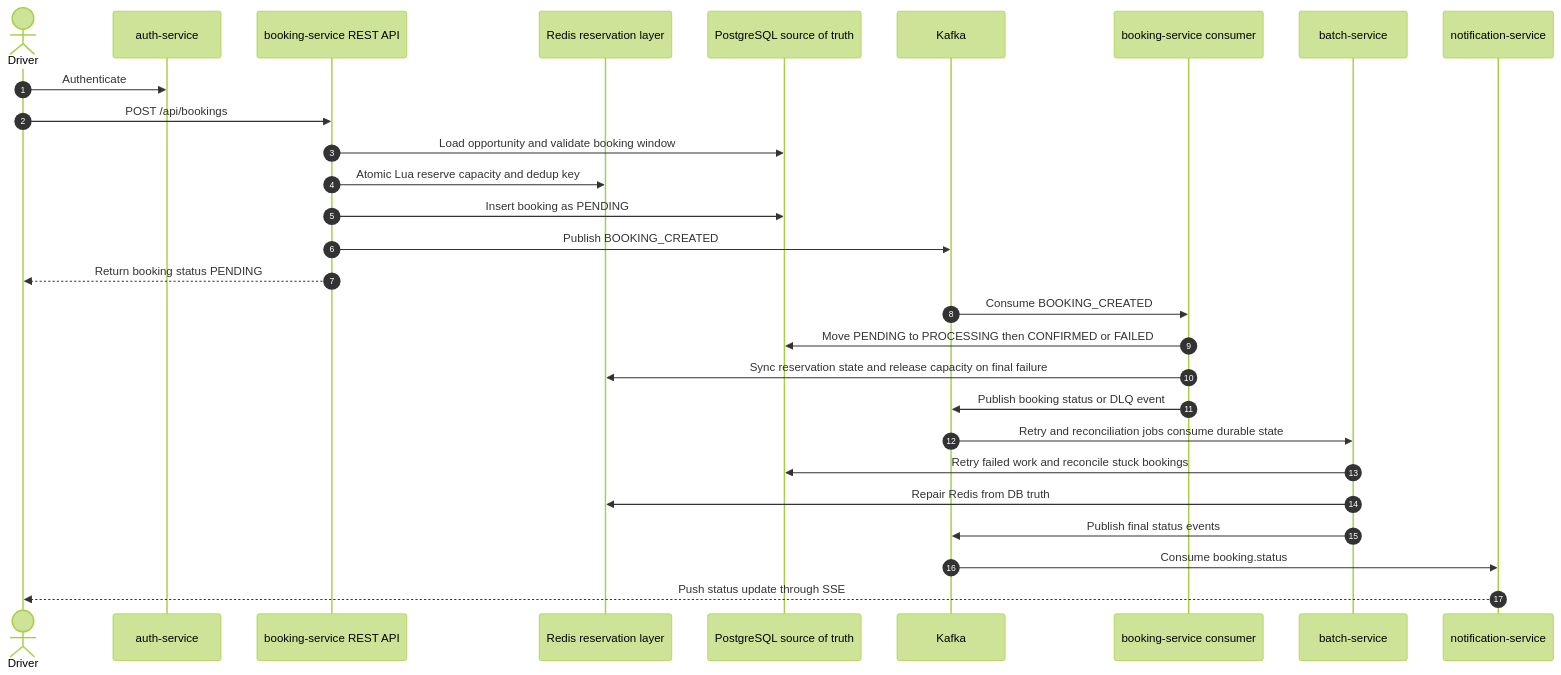
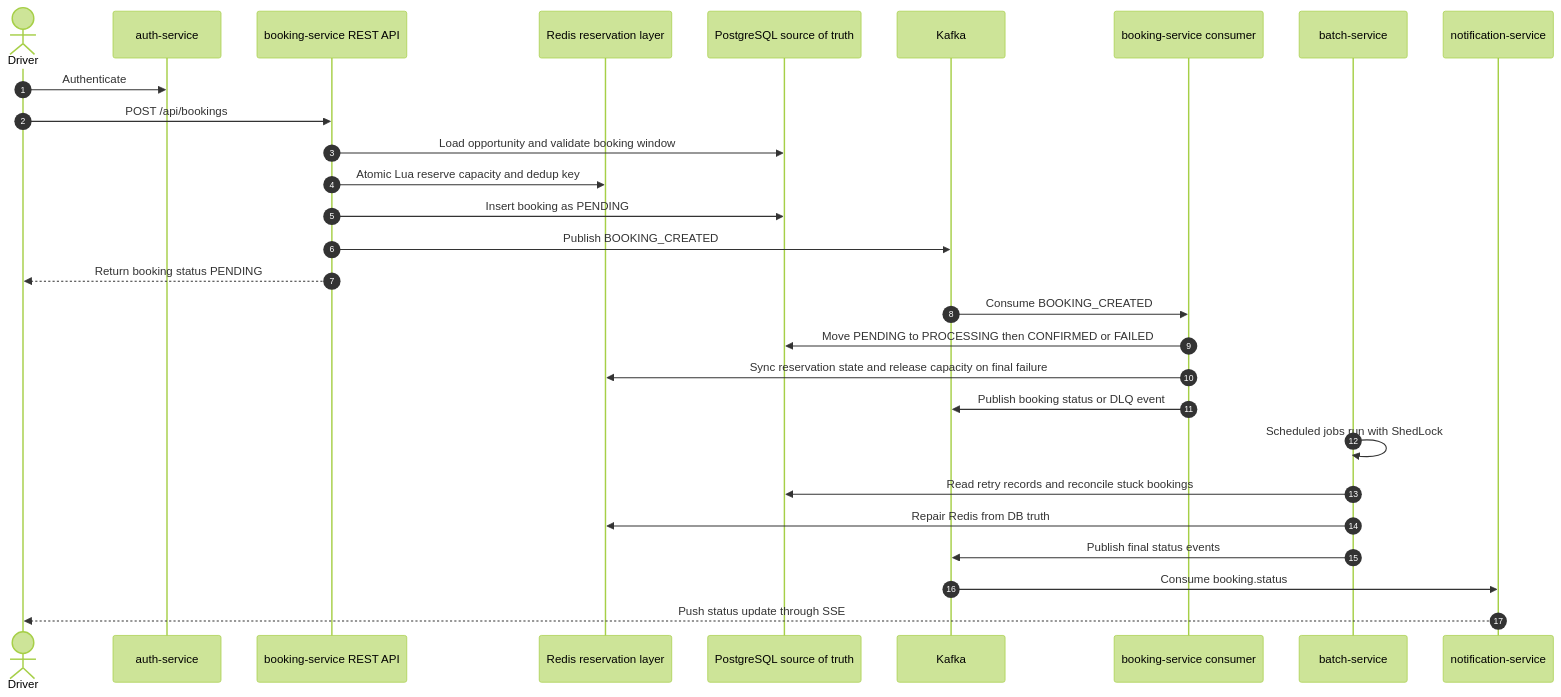
The first of 5 diagrams in README.md (TienHa2504/delivery-booking-system), drawn with Mermaid (forest theme) before and after one commit. The commit also changed other lines of this file and 4 other files, not shown here.

Commit message:
Refine README diagrams and Docker builds

````diff
--- a/README.md
+++ b/README.md
@@ -47,34 +47,34 @@
 ```mermaid
 sequenceDiagram
     autonumber
     actor Driver
     participant Auth as auth-service
     participant BookingApi as booking-service REST API
     participant Redis as Redis reservation layer
     participant DB as PostgreSQL source of truth
     participant Kafka as Kafka
     participant BookingWorker as booking-service consumer
     participant Batch as batch-service
     participant Notification as notification-service
 
     Driver->>Auth: Authenticate
     Driver->>BookingApi: POST /api/bookings
     BookingApi->>DB: Load opportunity and validate booking window
     BookingApi->>Redis: Atomic Lua reserve capacity and dedup key
     BookingApi->>DB: Insert booking as PENDING
     BookingApi->>Kafka: Publish BOOKING_CREATED
     BookingApi-->>Driver: Return booking status PENDING
 
     Kafka->>BookingWorker: Consume BOOKING_CREATED
     BookingWorker->>DB: Move PENDING to PROCESSING then CONFIRMED or FAILED
     BookingWorker->>Redis: Sync reservation state and release capacity on final failure
     BookingWorker->>Kafka: Publish booking status or DLQ event
 
-    Kafka->>Batch: Retry and reconciliation jobs consume durable state
-    Batch->>DB: Retry failed work and reconcile stuck bookings
+    Batch->>Batch: Scheduled jobs run with ShedLock
+    Batch->>DB: Read retry records and reconcile stuck bookings
     Batch->>Redis: Repair Redis from DB truth
     Batch->>Kafka: Publish final status events
 
     Kafka->>Notification: Consume booking.status
     Notification-->>Driver: Push status update through SSE
 ```
````
